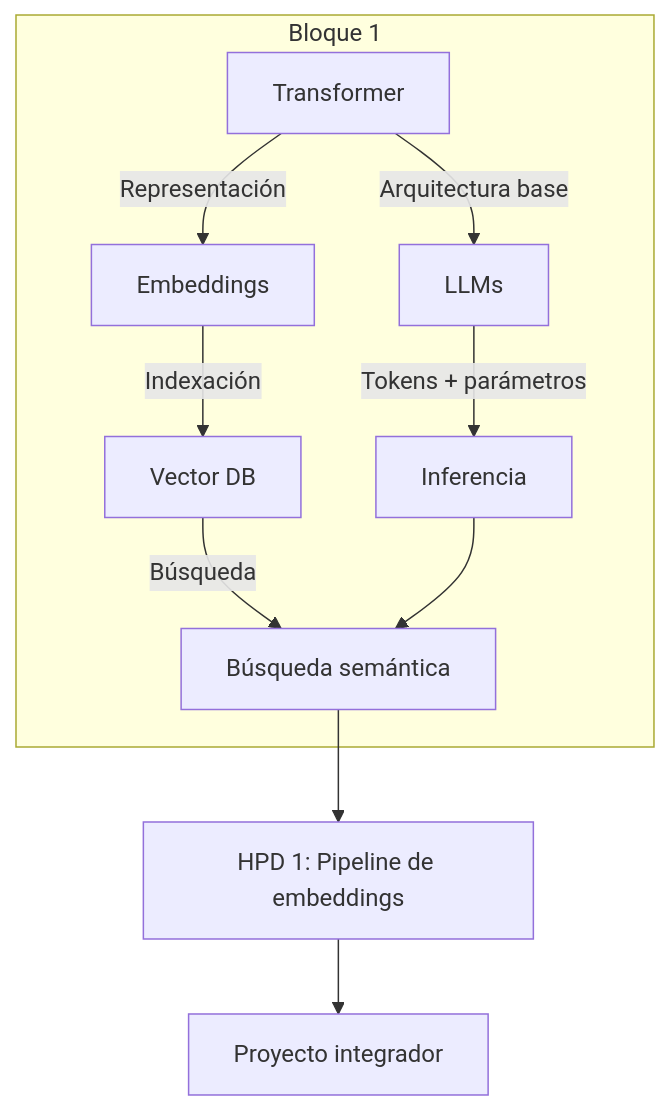
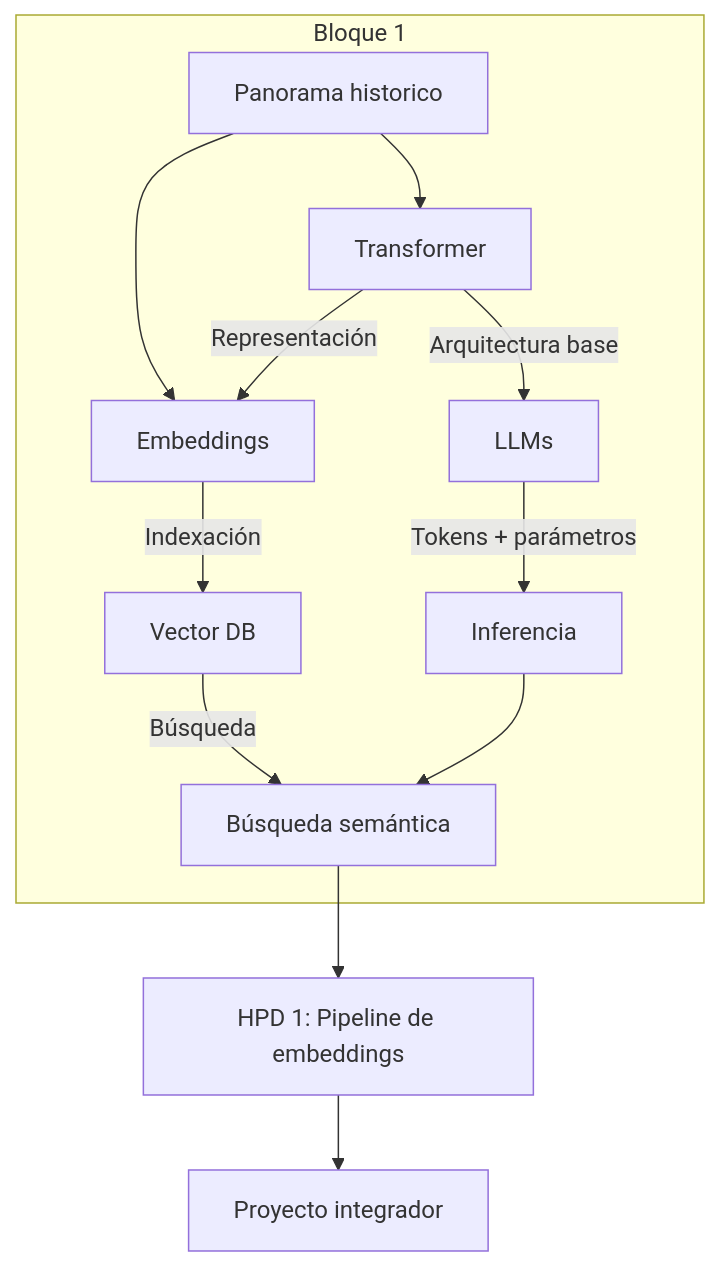
Before and after one commit to Adamychen/m10_quarto: the second of 2 diagrams in bloque1/01-fundamentos.qmd, drawn with Mermaid. The commit also changed other lines of this file and 70 other files, not shown here.

````diff
--- a/bloque1/01-fundamentos.qmd
+++ b/bloque1/01-fundamentos.qmd
@@ -135,13 +151,15 @@
 ```{mermaid}
 graph TD
     subgraph "Bloque 1"
+        P0[Panorama historico] --> A[Transformer]
+        P0 --> C[Embeddings]
         A[Transformer] -->|Arquitectura base| B[LLMs]
         A -->|Representación| C[Embeddings]
         B -->|Tokens + parámetros| D[Inferencia]
         C -->|Indexación| E[Vector DB]
         E -->|Búsqueda| F[Búsqueda semántica]
     end
     D --> F
     F --> G[HPD 1: Pipeline de embeddings]
     G --> H[Proyecto integrador]
 ```
````
